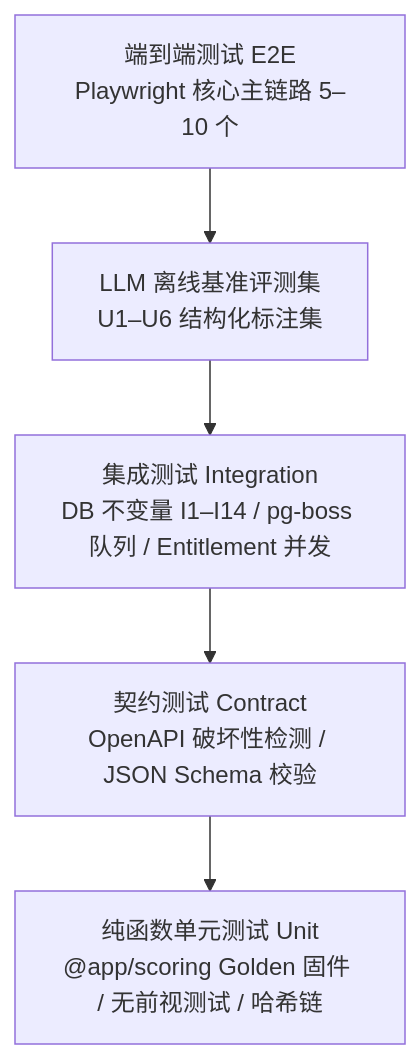
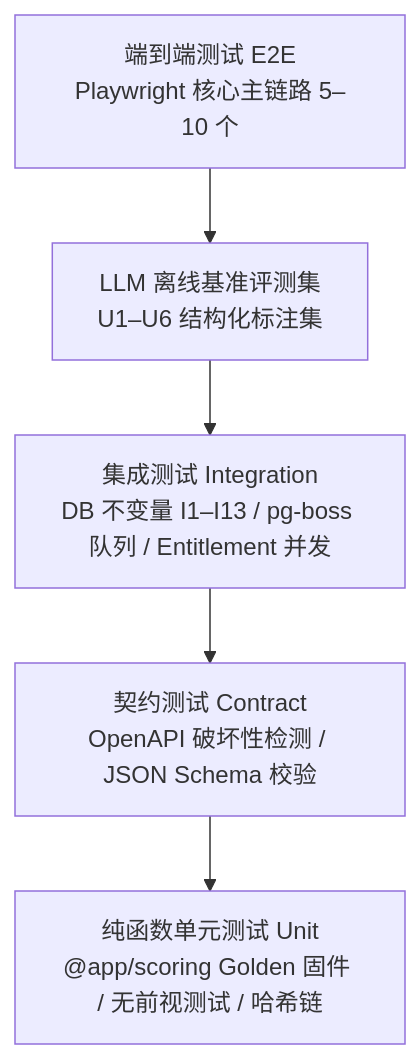
One commit to 500wango/emeradar changed the first of 2 diagrams in docs/18-QA-TEST-STRATEGY.md. Above: the diagram before and after it, drawn with Mermaid. The commit also changed other lines of this file and 23 other files, not shown here.

````diff
--- a/docs/18-QA-TEST-STRATEGY.md
+++ b/docs/18-QA-TEST-STRATEGY.md
@@ -19,13 +19,13 @@
 ```mermaid
 flowchart TD
   E2E[端到端测试 E2E<br/>Playwright 核心主链路 5–10 个]
   LLM_EVAL[LLM 离线基准评测集<br/>U1–U6 结构化标注集]
-  INTEG[集成测试 Integration<br/>DB 不变量 I1–I14 / pg-boss 队列 / Entitlement 并发]
+  INTEG[集成测试 Integration<br/>DB 不变量 I1–I13 / pg-boss 队列 / Entitlement 并发]
   CONTRACT[契约测试 Contract<br/>OpenAPI 破坏性检测 / JSON Schema 校验]
   UNIT[纯函数单元测试 Unit<br/>@app/scoring Golden 固件 / 无前视测试 / 哈希链]
 
   E2E --> LLM_EVAL
   LLM_EVAL --> INTEG
   INTEG --> CONTRACT
   CONTRACT --> UNIT
 ```
````
